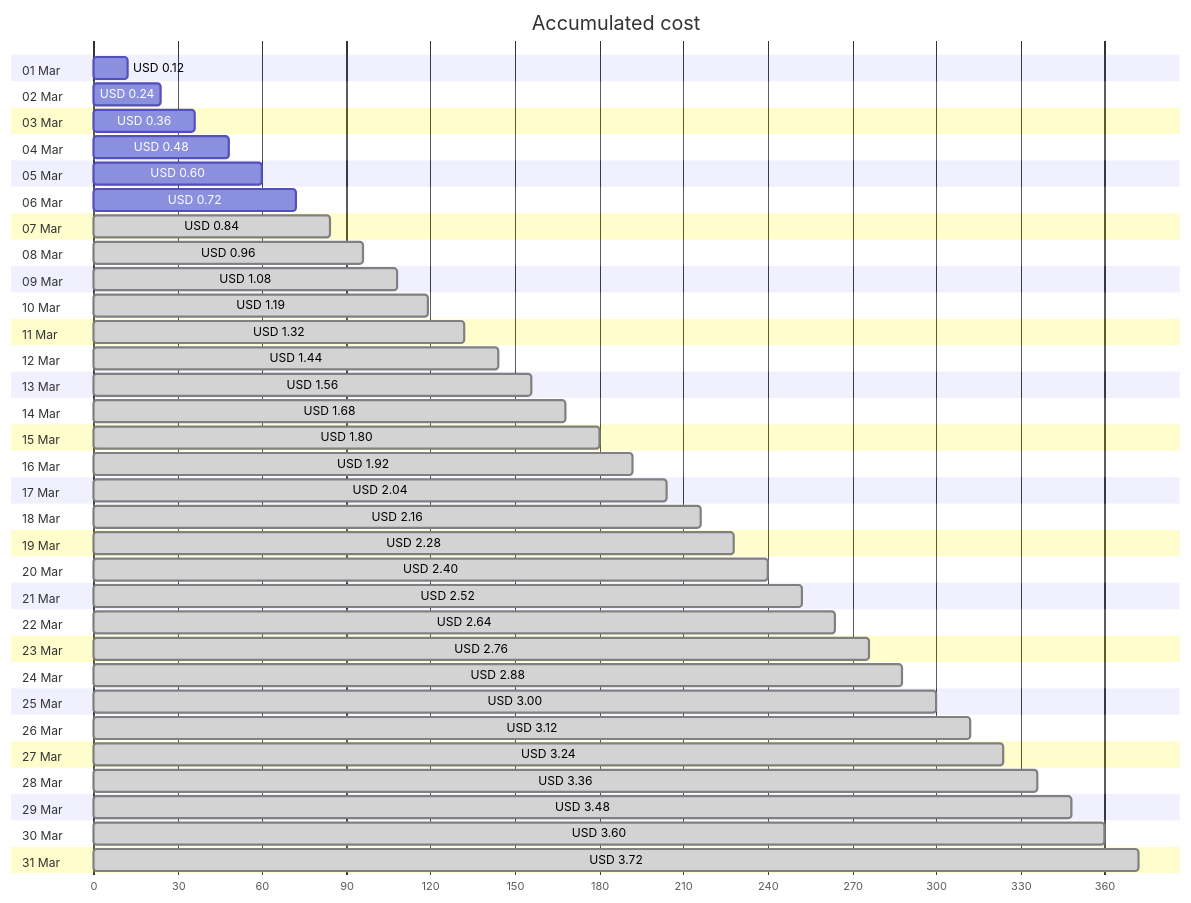
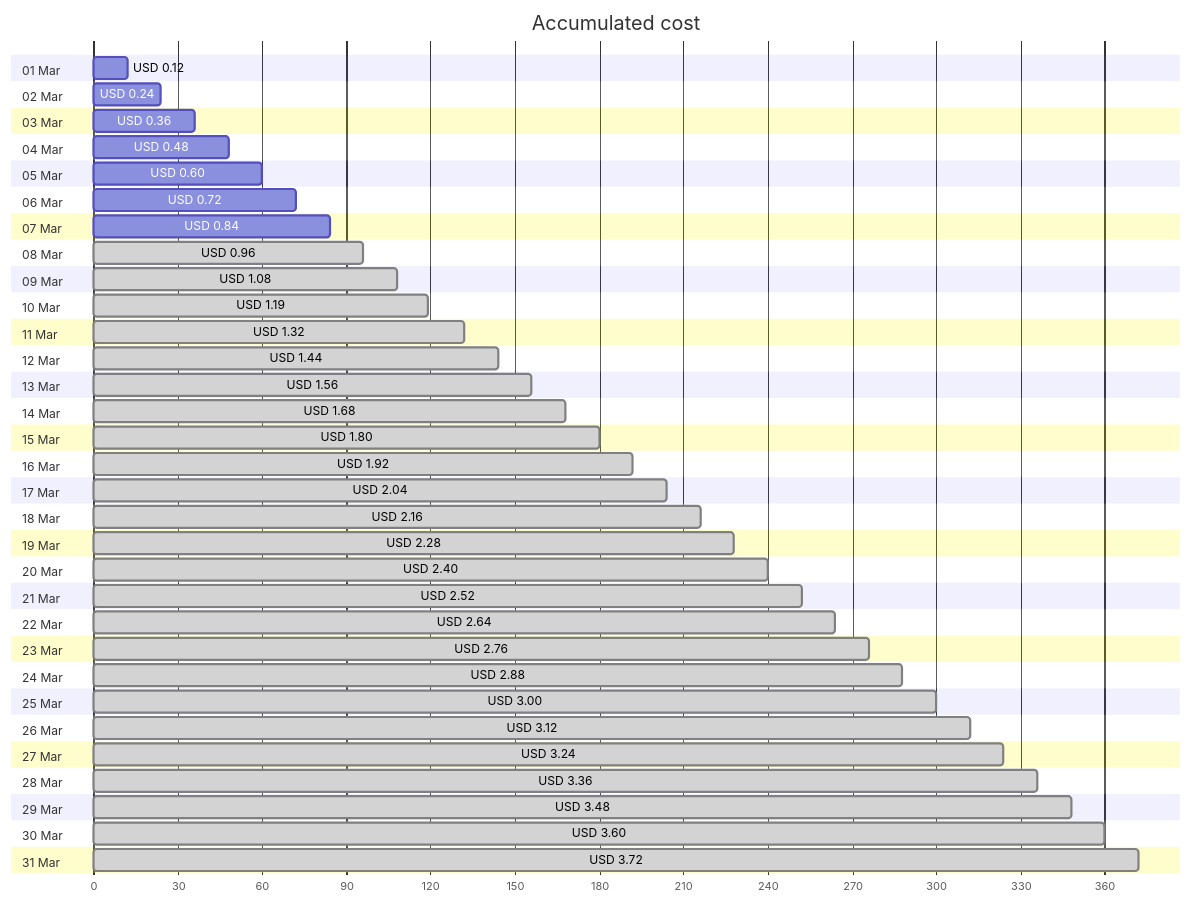
Before and after one commit to jpfulton/azure-personal-reports: the first of 4 diagrams in cost-reports/personal-network/backup-server-public-ip.md, drawn with Mermaid. The commit also changed other lines of this file and 7 other files, not shown here.

````diff
--- a/cost-reports/personal-network/backup-server-public-ip.md
+++ b/cost-reports/personal-network/backup-server-public-ip.md
@@ -20,68 +20,68 @@
 ```mermaid
 gantt
    title Accumulated cost
    dateFormat  X
    axisFormat %s
    section 01 Mar
    USD 0.12 :0, 12
    section 02 Mar
    USD 0.24 :0, 24
    section 03 Mar
    USD 0.36 :0, 36
    section 04 Mar
    USD 0.48 :0, 48
    section 05 Mar
    USD 0.60 :0, 60
    section 06 Mar
    USD 0.72 :0, 72
    section 07 Mar
-   USD 0.84 : done, 0, 84
+   USD 0.84 :0, 84
    section 08 Mar
    USD 0.96 : done, 0, 96
    section 09 Mar
    USD 1.08 : done, 0, 108
    section 10 Mar
    USD 1.19 : done, 0, 119
    section 11 Mar
    USD 1.32 : done, 0, 132
    section 12 Mar
    USD 1.44 : done, 0, 144
    section 13 Mar
    USD 1.56 : done, 0, 156
    section 14 Mar
    USD 1.68 : done, 0, 168
    section 15 Mar
    USD 1.80 : done, 0, 180
    section 16 Mar
    USD 1.92 : done, 0, 192
    section 17 Mar
    USD 2.04 : done, 0, 204
    section 18 Mar
    USD 2.16 : done, 0, 216
    section 19 Mar
    USD 2.28 : done, 0, 228
    section 20 Mar
    USD 2.40 : done, 0, 240
    section 21 Mar
    USD 2.52 : done, 0, 252
    section 22 Mar
    USD 2.64 : done, 0, 264
    section 23 Mar
    USD 2.76 : done, 0, 276
    section 24 Mar
    USD 2.88 : done, 0, 288
    section 25 Mar
    USD 3.00 : done, 0, 300
    section 26 Mar
    USD 3.12 : done, 0, 312
    section 27 Mar
    USD 3.24 : done, 0, 324
    section 28 Mar
    USD 3.36 : done, 0, 336
    section 29 Mar
    USD 3.48 : done, 0, 348
    section 30 Mar
    USD 3.60 : done, 0, 360
    section 31 Mar
    USD 3.72 : done, 0, 372
 ```
````
